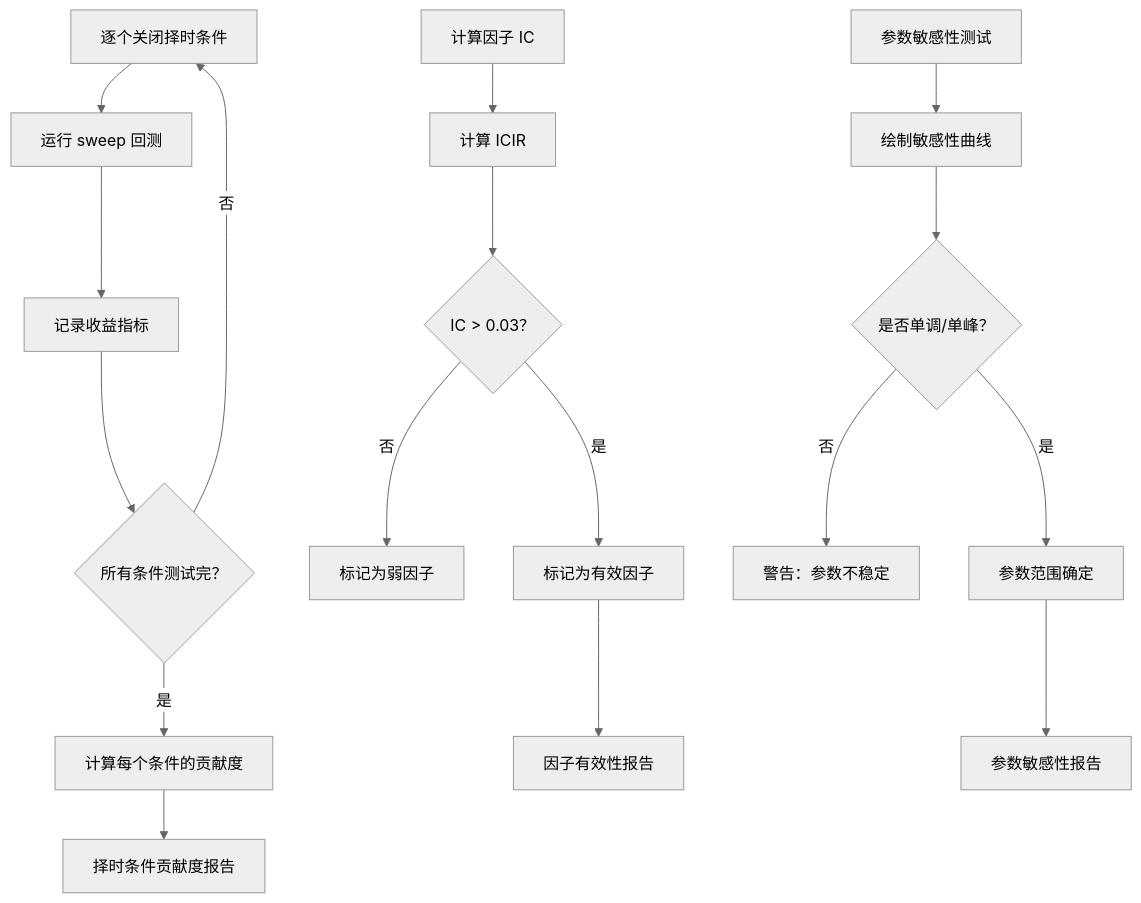
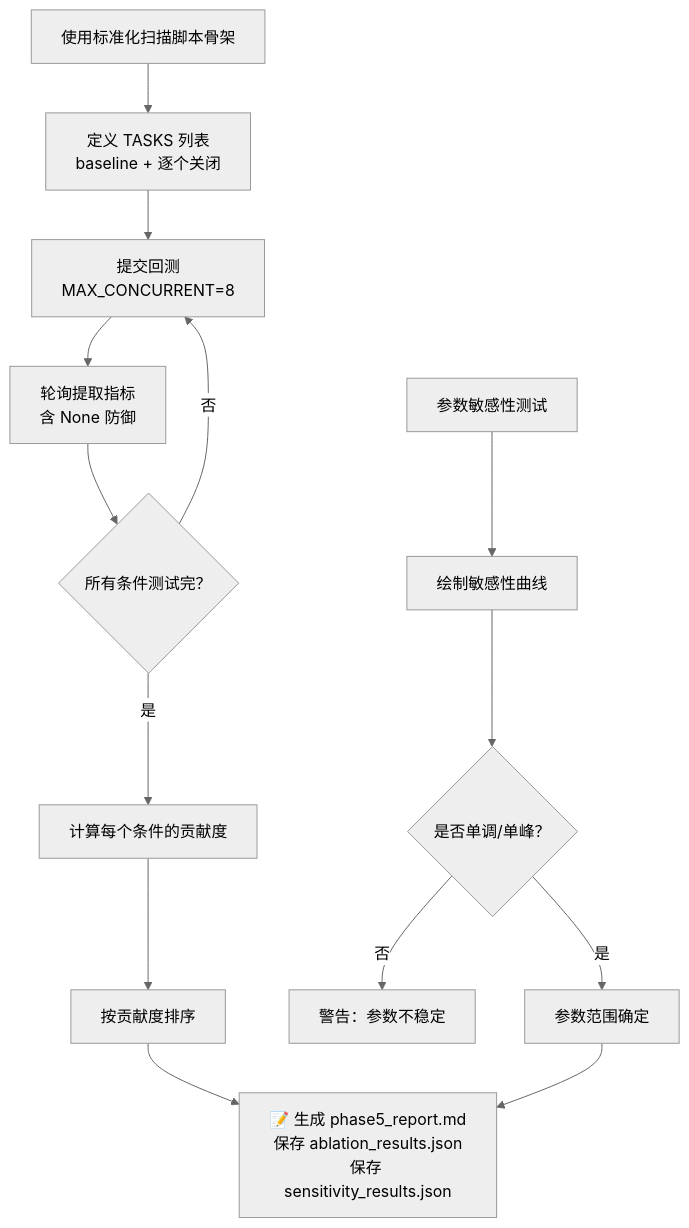
One commit to Joseph2Young/skills-monorepo changed the eighth of 11 diagrams in project/jq-full-optimizer/references/SOP_流程图.md. Above: the diagram before and after it, drawn with Mermaid (neutral theme). The commit also changed other lines of this file and 2 other files, not shown here.

Commit message:
update: jq-full-optimizer SOP 流程图与 v1 文档

````diff
--- a/project/jq-full-optimizer/references/SOP_流程图.md
+++ b/project/jq-full-optimizer/references/SOP_流程图.md
@@ -261,22 +346,18 @@
 ```mermaid
 flowchart TD
-    A[逐个关闭择时条件] --> B[运行 sweep 回测]
-    B --> C[记录收益指标]
-    C --> D{所有条件测试完？}
-    D -->|否| A
-    D -->|是| E[计算每个条件的贡献度]
+    A[使用标准化扫描脚本骨架] --> B[定义 TASKS 列表<br/>baseline + 逐个关闭]
+    B --> C[提交回测<br/>MAX_CONCURRENT=8]
+    C --> D[轮询提取指标<br/>含 None 防御]
+    D --> E{所有条件测试完？}
+    E -->|否| C
+    E -->|是| F[计算每个条件的贡献度]
+    F --> G[按贡献度排序]
 
-    F[计算因子 IC] --> G[计算 ICIR]
-    G --> H{IC > 0.03？}
-    H -->|否| I[标记为弱因子]
-    H -->|是| J[标记为有效因子]
+    H[参数敏感性测试] --> I[绘制敏感性曲线]
+    I --> J{是否单调/单峰？}
+    J -->|否| K[警告：参数不稳定]
+    J -->|是| L[参数范围确定]
 
-    K[参数敏感性测试] --> L[绘制敏感性曲线]
-    L --> M{是否单调/单峰？}
-    M -->|否| N[警告：参数不稳定]
-    M -->|是| O[参数范围确定]
-
-    E --> P[择时条件贡献度报告]
-    J --> Q[因子有效性报告]
-    O --> R[参数敏感性报告]
+    G --> M[📝 生成 phase5_report.md<br/>保存 ablation_results.json<br/>保存 sensitivity_results.json]
+    L --> M
 ```
````
